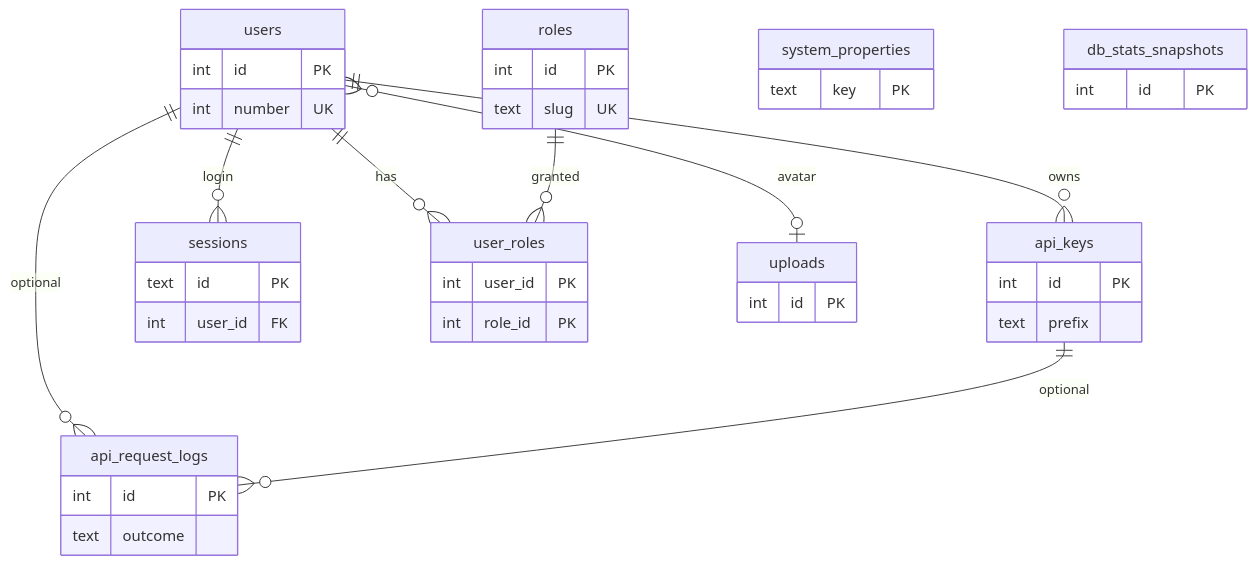
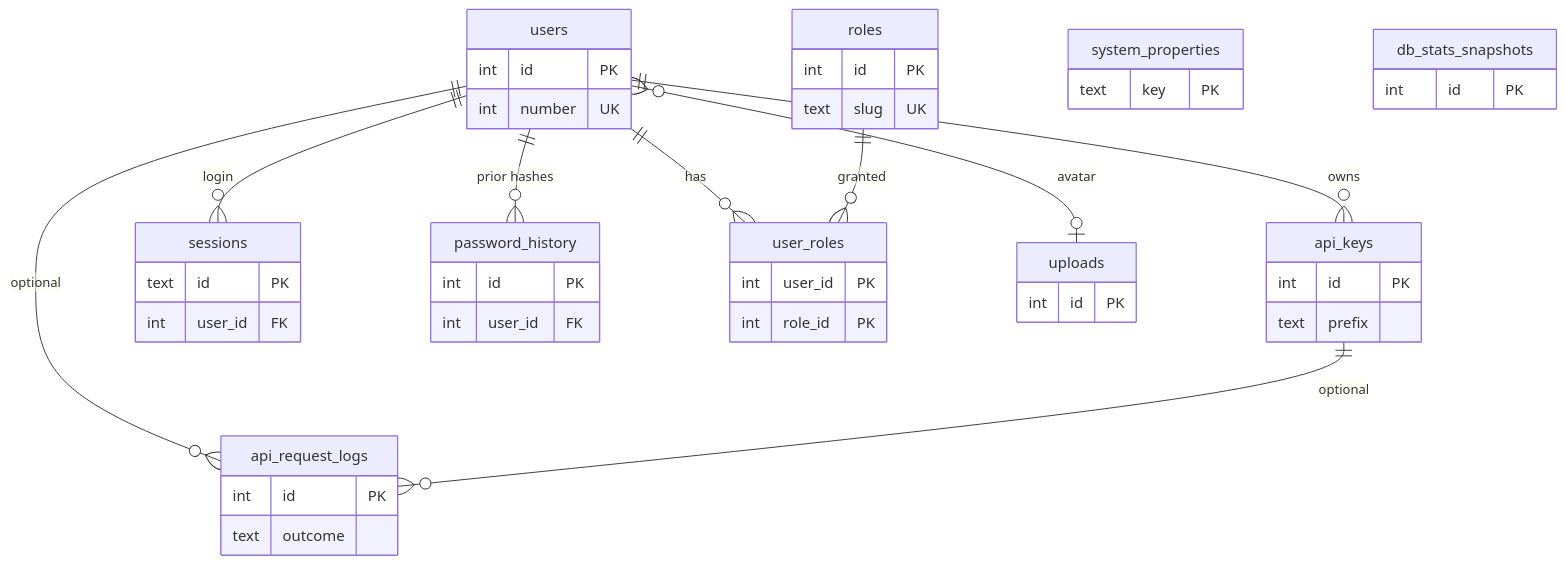
One commit to blackrook-io/taskmesh changed the diagram in docs/database/platform.md. Above: the diagram before and after it, drawn with Mermaid. The commit also changed other lines of this file and 19 other files, not shown here.

First line of the commit message:
Add password history and Profile current-password confirmation (T0109), shipped as 0.33.0.

````diff
--- a/docs/database/platform.md
+++ b/docs/database/platform.md
@@ -22,43 +23,48 @@
 ```mermaid
 erDiagram
   users ||--o{ api_keys : owns
   users ||--o{ sessions : "login"
+  users ||--o{ password_history : "prior hashes"
   users ||--o{ user_roles : has
   roles ||--o{ user_roles : granted
   users ||--o{ api_request_logs : "optional"
   api_keys ||--o{ api_request_logs : "optional"
   users }o--o| uploads : avatar
   users {
     int id PK
     int number UK
   }
   roles {
     int id PK
     text slug UK
   }
   user_roles {
     int user_id PK
     int role_id PK
   }
   api_keys {
     int id PK
     text prefix
   }
   sessions {
     text id PK
     int user_id FK
   }
+  password_history {
+    int id PK
+    int user_id FK
+  }
   system_properties {
     text key PK
   }
   api_request_logs {
     int id PK
     text outcome
   }
   db_stats_snapshots {
     int id PK
   }
   uploads {
     int id PK
   }
 ```
````
